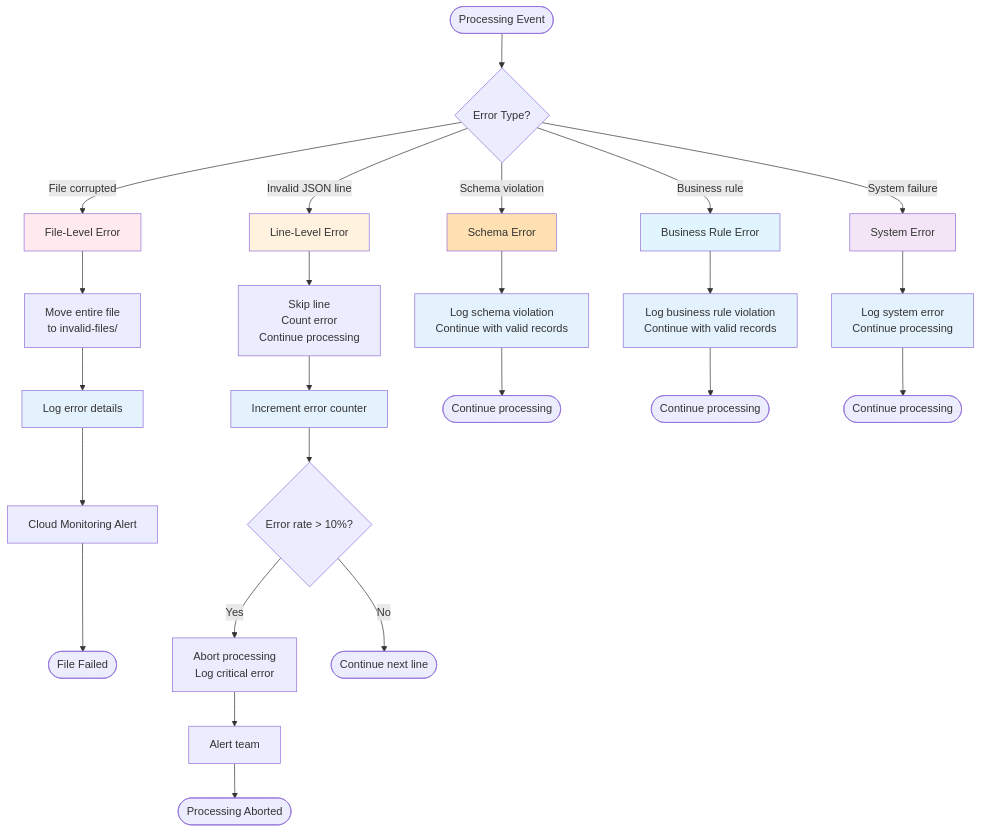
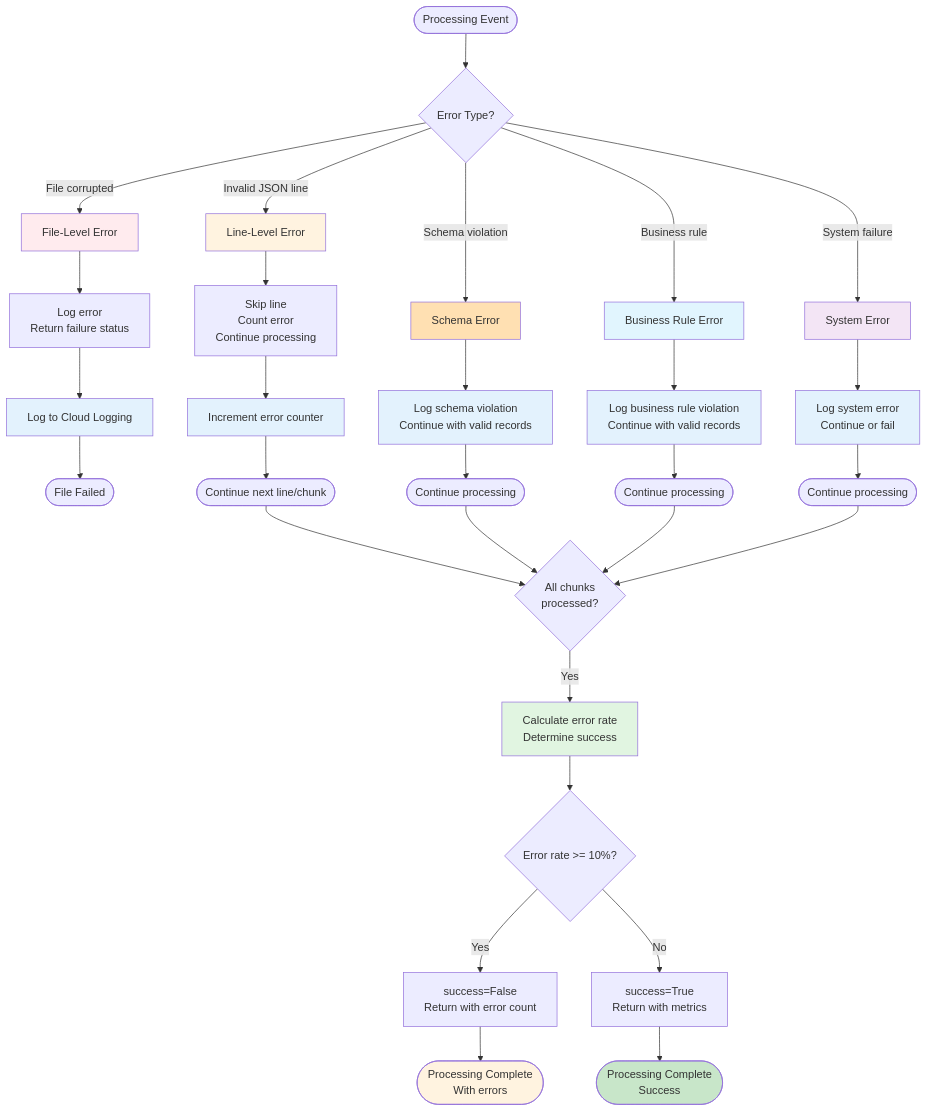
The first of 2 diagrams in design/github_archive/phase2_process_files/diagrams/09_error_handling.md (prateekpanjla-outlook/gcp_data_proc), drawn with Mermaid before and after one commit. The commit also changed other lines of this file and 52 other files, not shown here.

````diff
--- a/design/github_archive/phase2_process_files/diagrams/09_error_handling.md
+++ b/design/github_archive/phase2_process_files/diagrams/09_error_handling.md
@@ -3,42 +3,52 @@
 ```mermaid
 graph TD
     Start([Processing Event]) --> Check{Error Type?}
 
     Check -->|File corrupted| FileErr[File-Level Error]
     Check -->|Invalid JSON line| LineErr[Line-Level Error]
     Check -->|Schema violation| SchemaErr[Schema Error]
     Check -->|Business rule| BizErr[Business Rule Error]
     Check -->|System failure| SysErr[System Error]
 
-    FileErr --> FileAction[Move entire file<br>to invalid-files/]
-    FileAction --> LogFile[Log error details]
-    LogFile --> AlertFile[Cloud Monitoring Alert]
-    AlertFile --> EndFile([File Failed])
+    FileErr --> FileAction[Log error<br>Return failure status]
+    FileAction --> LogFile[Log to Cloud Logging]
+    LogFile --> EndFile([File Failed])
 
     LineErr --> LineAction[Skip line<br>Count error<br>Continue processing]
     LineAction --> LogLine[Increment error counter]
-    LogLine --> CheckRate{Error rate > 10%?}
-    CheckRate -->|Yes| Abort[Abort processing<br>Log critical error]
-    CheckRate -->|No| ContinueLine([Continue next line])
-    Abort --> AlertRate[Alert team]
-    AlertRate --> EndAbort([Processing Aborted])
+    LogLine --> ContinueLine([Continue next line/chunk])
 
     SchemaErr --> LogSchema[Log schema violation<br>Continue with valid records]
     BizErr --> LogBiz[Log business rule violation<br>Continue with valid records]
-    SysErr --> LogSys[Log system error<br>Continue processing]
+    SysErr --> LogSys[Log system error<br>Continue or fail]
 
     LogSchema --> ContinueSchema([Continue processing])
     LogBiz --> ContinueBiz([Continue processing])
     LogSys --> ContinueSys([Continue processing])
+
+    ContinueLine --> AllDone{All chunks<br>processed?}
+    ContinueSchema --> AllDone
+    ContinueBiz --> AllDone
+    ContinueSys --> AllDone
+
+    AllDone -->|Yes| FinalCheck[Calculate error rate<br>Determine success]
+    FinalCheck --> FinalRate{Error rate >= 10%?}
+    FinalRate -->|Yes| FailResult[success=False<br>Return with error count]
+    FinalRate -->|No| SuccessResult[success=True<br>Return with metrics]
+    FailResult --> EndFail([Processing Complete<br>With errors])
+    SuccessResult --> EndSuccess([Processing Complete<br>Success])
 
     style FileErr fill:#ffebee
     style LineErr fill:#fff3e0
     style SchemaErr fill:#ffe0b2
     style BizErr fill:#e1f5fe
     style SysErr fill:#f3e5f5
     style LogFile fill:#e3f2fd
     style LogLine fill:#e3f2fd
     style LogSchema fill:#e3f2fd
     style LogBiz fill:#e3f2fd
     style LogSys fill:#e3f2fd
+    style FinalCheck fill:#e1f5e1
+    style EndSuccess fill:#c8e6c9
+    style EndFail fill:#fff3e0
 ```
````
